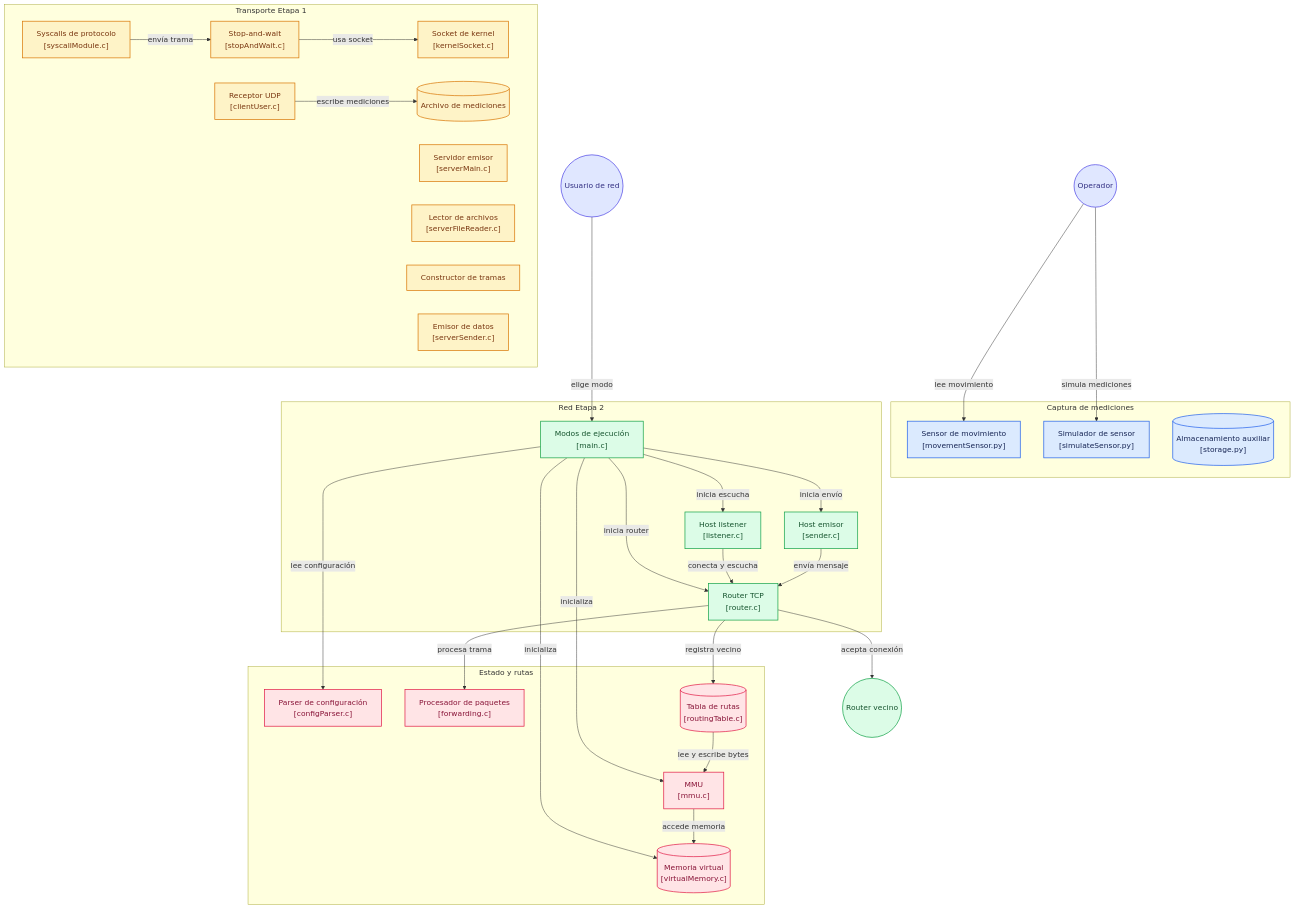
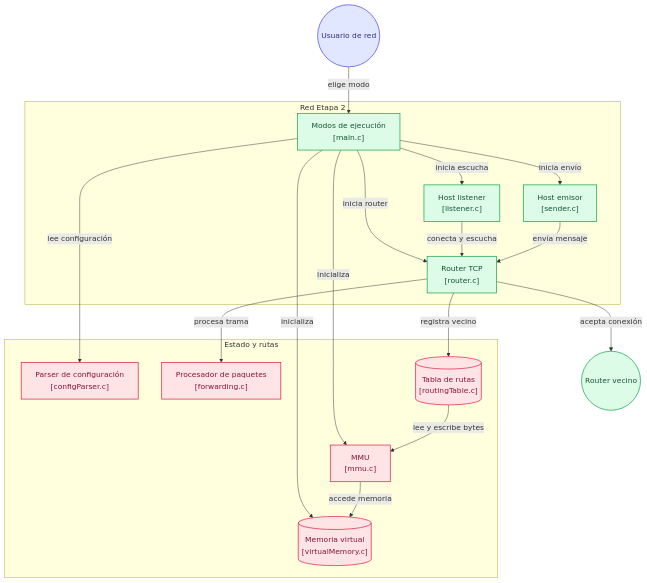
The diagram in Etapa2/README.md (marina-cast-ro/OperRedesPI), drawn with Mermaid before and after one commit.

Commit message:
README: Diagrama respectivo a únicamente la etapa 2

````diff
--- a/Etapa2/README.md
+++ b/Etapa2/README.md
@@ -67,23 +67,5 @@
 ```mermaid
 flowchart TD
-
-subgraph group_capture["Captura de mediciones"]
-  node_sensor["Sensor de movimiento<br/>[movementSensor.py]"]
-  node_simulator["Simulador de sensor<br/>[simulateSensor.py]"]
-  node_storage[("Almacenamiento auxiliar<br/>[storage.py]")]
-end
-
-subgraph group_stage1["Transporte Etapa 1"]
-  node_kernel_syscalls["Syscalls de protocolo<br/>[syscallModule.c]"]
-  node_stop_wait["Stop-and-wait<br/>[stopAndWait.c]"]
-  node_kernel_socket["Socket de kernel<br/>[kernelSocket.c]"]
-  node_user_server["Servidor emisor<br/>[serverMain.c]"]
-  node_file_reader["Lector de archivos<br/>[serverFileReader.c]"]
-  node_frame_builder["Constructor de tramas"]
-  node_sender["Emisor de datos<br/>[serverSender.c]"]
-  node_client["Receptor UDP<br/>[clientUser.c]"]
-  node_sensor_output[("Archivo de mediciones")]
-end
 
 subgraph group_stage2["Red Etapa 2"]
   node_host_send["Host emisor<br/>[sender.c]"]
@@ -100,15 +82,9 @@
   node_virtual_memory[("Memoria virtual<br/>[virtualMemory.c]")]
 end
 
-node_operator(("Operador"))
 node_network_peer(("Router vecino"))
 node_host_user(("Usuario de red"))
 
-node_operator -->|"lee movimiento"| node_sensor
-node_operator -->|"simula mediciones"| node_simulator
-node_kernel_syscalls -->|"envía trama"| node_stop_wait
-node_stop_wait -->|"usa socket"| node_kernel_socket
-node_client -->|"escribe mediciones"| node_sensor_output
 node_app_main -->|"inicia escucha"| node_host_listen
 node_app_main -->|"inicia envío"| node_host_send
 node_app_main -->|"lee configuración"| node_config
@@ -133,8 +109,6 @@
 click node_user_server "https://github.com/marina-cast-ro/operredespi/blob/main/Etapa1/user/src/serverMain.c"
 click node_file_reader "https://github.com/marina-cast-ro/operredespi/blob/main/Etapa1/user/src/serverFileReader.c"
 click node_frame_builder "https://github.com/marina-cast-ro/operredespi/blob/main/Etapa1/user/src/serverFrameBuilder.c"
-click node_sender "https://github.com/marina-cast-ro/operredespi/blob/main/Etapa1/user/src/serverSender.c"
-click node_client "https://github.com/marina-cast-ro/operredespi/blob/main/Etapa1/user/src/clientUser.c"
 click node_host_send "https://github.com/marina-cast-ro/operredespi/blob/main/Etapa2/host/src/sender.c"
 click node_host_listen "https://github.com/marina-cast-ro/operredespi/blob/main/Etapa2/host/src/listener.c"
 click node_app_main "https://github.com/marina-cast-ro/operredespi/blob/main/Etapa2/main.c"
````
